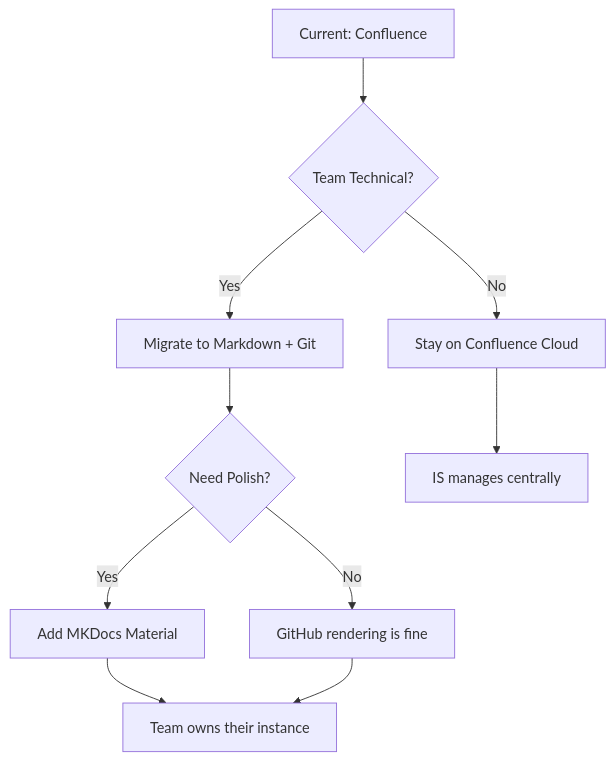
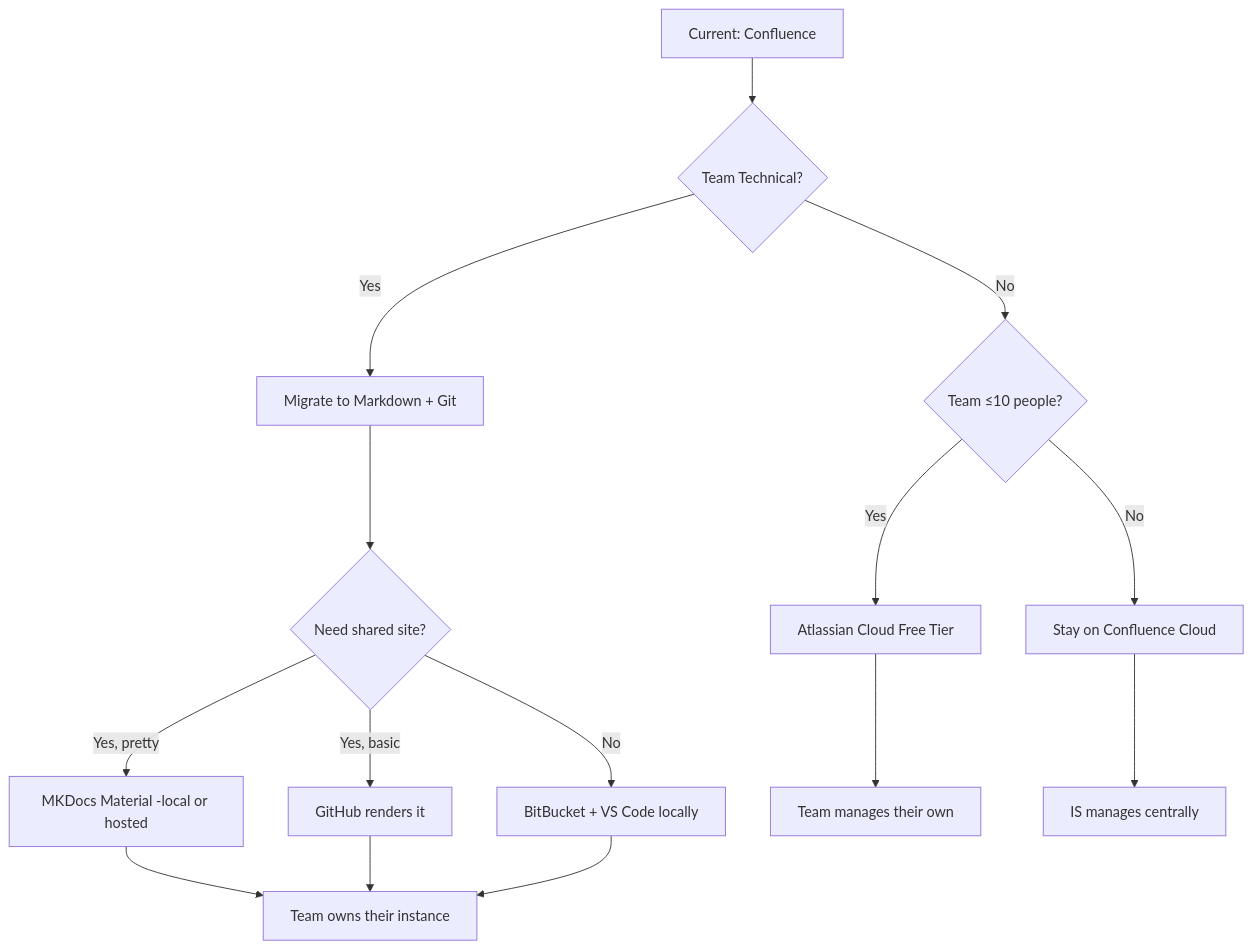
Before and after one commit to magpieE5/demo: the fourth of 4 diagrams in README.md, drawn with Mermaid. The commit also changed other lines of this file, not shown here.

First line of the commit message:
Enhance README with renderer options and Confluence info

````diff
--- a/README.md
+++ b/README.md
@@ -198,14 +196,20 @@
 ```mermaid
 flowchart TD
     A[Current: Confluence] --> B{Team Technical?}
     B -->|Yes| C[Migrate to Markdown + Git]
-    B -->|No| D[Stay on Confluence Cloud]
+    B -->|No| D{Team ≤10 people?}
 
-    C --> E{Need Polish?}
-    E -->|Yes| F[Add MKDocs Material]
-    E -->|No| G[GitHub rendering is fine]
+    C --> E{Need shared site?}
+    E -->|Yes, pretty| F[MKDocs Material -local or hosted]
+    E -->|Yes, basic| G[GitHub renders it]
+    E -->|No| M[BitBucket + VS Code locally]
+
+    D -->|Yes| J[Atlassian Cloud Free Tier]
+    D -->|No| K[Stay on Confluence Cloud]
 
     F --> H[Team owns their instance]
     G --> H
-    D --> I[IS manages centrally]
+    M --> H
+    J --> L[Team manages their own]
+    K --> I[IS manages centrally]
 ```
````
